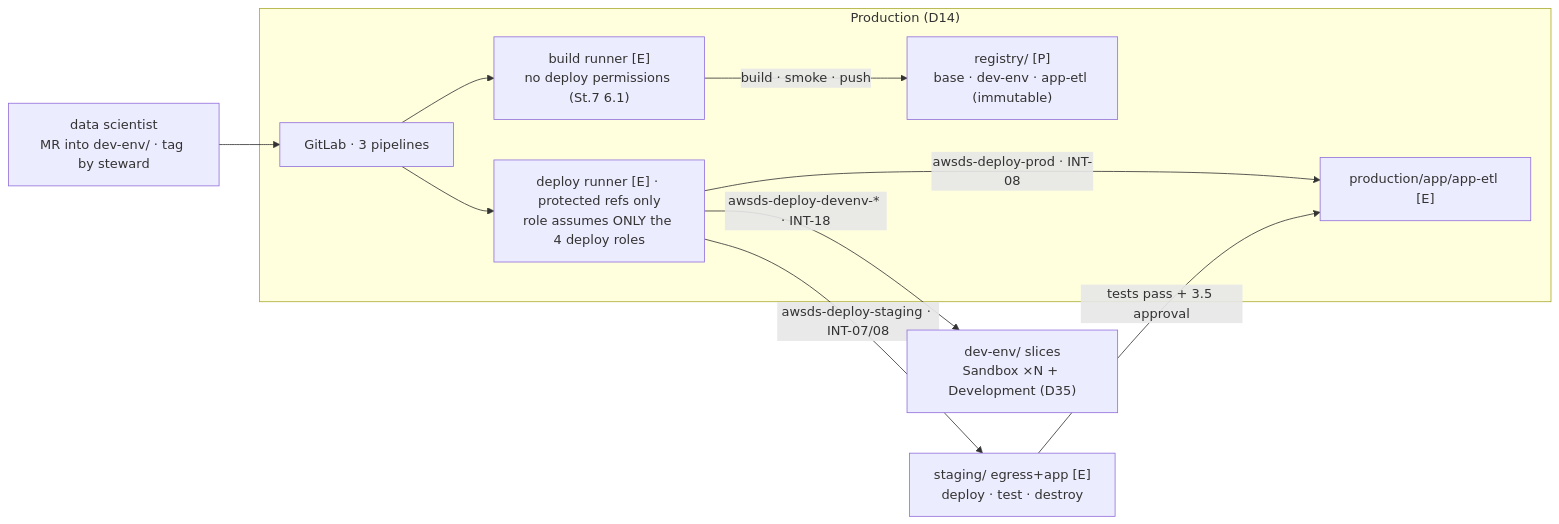
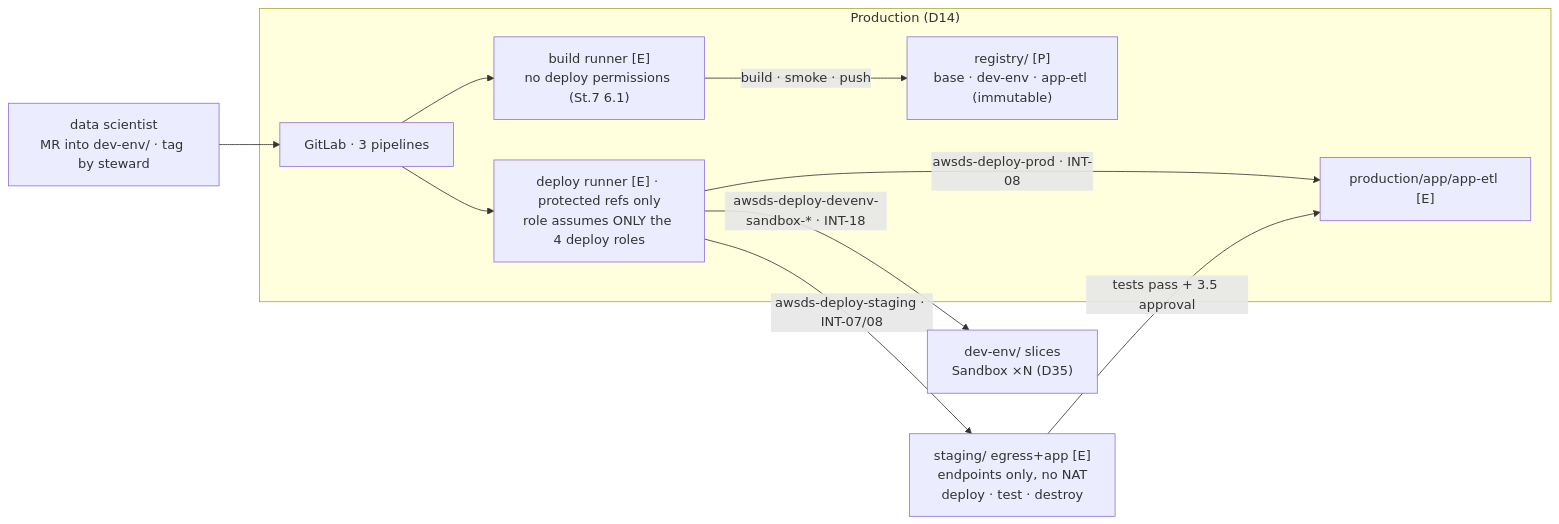
One commit to felipenoris/AWS-DataScience changed the diagram in docs/plan/stages/stage-08-cicd-pipelines.md. Above: the diagram before and after it, drawn with Mermaid. The commit also changed other lines of this file and 19 other files, not shown here.

````diff
--- a/docs/plan/stages/stage-08-cicd-pipelines.md
+++ b/docs/plan/stages/stage-08-cicd-pipelines.md
@@ -39,17 +40,17 @@
 ```mermaid
 flowchart LR
     DS["data scientist<br/>MR into dev-env/ · tag by steward"] --> GL
     subgraph PRD["Production (D14)"]
         GL["GitLab · 3 pipelines"]
         BR["build runner [E]<br/>no deploy permissions (St.7 6.1)"]
         DR["deploy runner [E] · protected refs only<br/>role assumes ONLY the 4 deploy roles"]
         ECR["registry/ [P]<br/>base · dev-env · app-etl (immutable)"]
         PAPP["production/app/app-etl [E]"]
     end
     GL --> BR -->|"build · smoke · push"| ECR
     GL --> DR
-    DR -->|"awsds-deploy-devenv-* · INT-18"| REG["dev-env/ slices<br/>Sandbox ×N + Development (D35)"]
-    DR -->|"awsds-deploy-staging · INT-07/08"| STG["staging/ egress+app [E]<br/>deploy · test · destroy"]
+    DR -->|"awsds-deploy-devenv-sandbox-* · INT-18"| REG["dev-env/ slices<br/>Sandbox ×N (D35)"]
+    DR -->|"awsds-deploy-staging · INT-07/08"| STG["staging/ egress+app [E]<br/>endpoints only, no NAT<br/>deploy · test · destroy"]
     DR -->|"awsds-deploy-prod · INT-08"| PAPP
     STG -->|"tests pass + 3.5 approval"| PAPP
 ```
````
